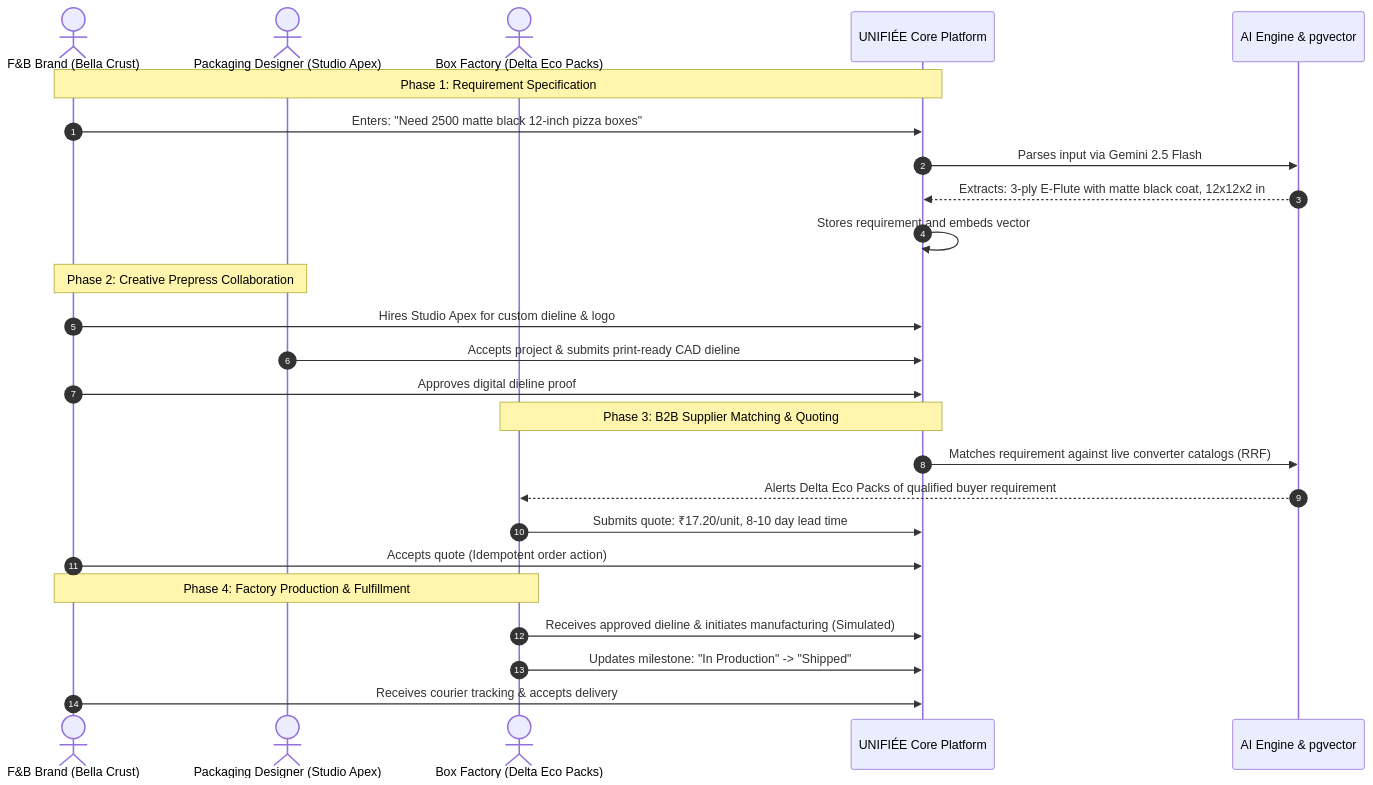
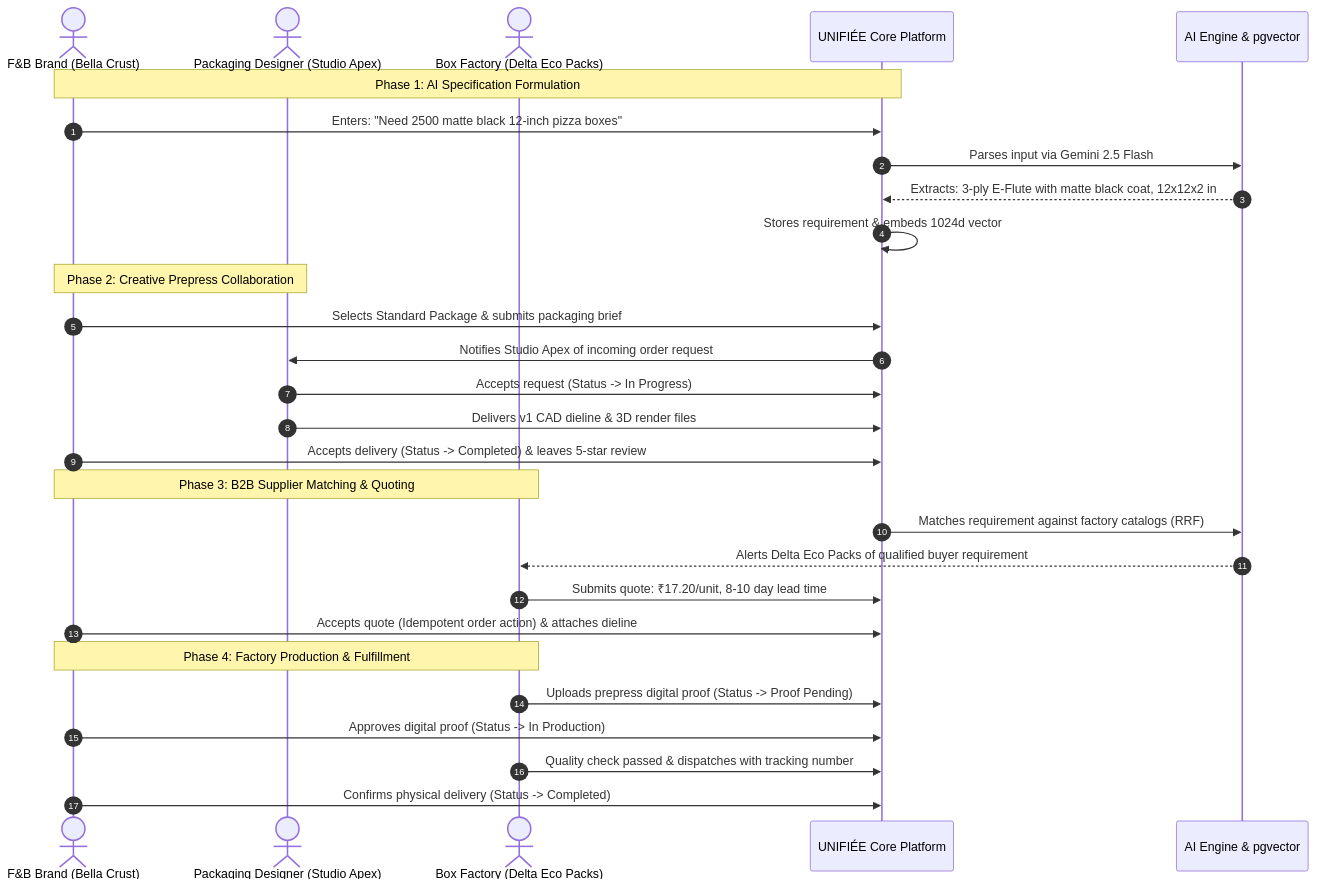
The first of 7 diagrams in docs/PROJECT_DOCUMENTATION.md (Hritujeet/unifiee), drawn with Mermaid before and after one commit. The commit also changed other lines of this file and 15 other files, not shown here.

````diff
--- a/docs/PROJECT_DOCUMENTATION.md
+++ b/docs/PROJECT_DOCUMENTATION.md
@@ -75,31 +72,34 @@
 ```mermaid
 sequenceDiagram
     autonumber
-    actor Pizza as F&B Brand (Bella Crust)
+    actor Brand as F&B Brand (Bella Crust)
     actor Designer as Packaging Designer (Studio Apex)
     actor Factory as Box Factory (Delta Eco Packs)
     participant Platform as UNIFIÉE Core Platform
     participant AI as AI Engine & pgvector
 
-    Note over Pizza, Platform: Phase 1: Requirement Specification
-    Pizza->>Platform: Enters: "Need 2500 matte black 12-inch pizza boxes"
+    Note over Brand, Platform: Phase 1: AI Specification Formulation
+    Brand->>Platform: Enters: "Need 2500 matte black 12-inch pizza boxes"
     Platform->>AI: Parses input via Gemini 2.5 Flash
     AI-->>Platform: Extracts: 3-ply E-Flute with matte black coat, 12x12x2 in
-    Platform->>Platform: Stores requirement and embeds vector
+    Platform->>Platform: Stores requirement & embeds 1024d vector
 
-    Note over Pizza, Designer: Phase 2: Creative Prepress Collaboration
-    Pizza->>Platform: Hires Studio Apex for custom dieline & logo
-    Designer->>Platform: Accepts project & submits print-ready CAD dieline
-    Pizza->>Platform: Approves digital dieline proof
+    Note over Brand, Designer: Phase 2: Creative Prepress Collaboration
+    Brand->>Platform: Selects Standard Package & submits packaging brief
+    Platform->>Designer: Notifies Studio Apex of incoming order request
+    Designer->>Platform: Accepts request (Status -> In Progress)
+    Designer->>Platform: Delivers v1 CAD dieline & 3D render files
+    Brand->>Platform: Accepts delivery (Status -> Completed) & leaves 5-star review
 
-    Note over Platform, Factory: Phase 3: B2B Supplier Matching & Quoting
-    Platform->>AI: Matches requirement against live converter catalogs (RRF)
+    Note over Brand, Factory: Phase 3: B2B Supplier Matching & Quoting
+    Platform->>AI: Matches requirement against factory catalogs (RRF)
     AI-->>Factory: Alerts Delta Eco Packs of qualified buyer requirement
     Factory->>Platform: Submits quote: ₹17.20/unit, 8-10 day lead time
-    Pizza->>Platform: Accepts quote (Idempotent order action)
+    Brand->>Platform: Accepts quote (Idempotent order action) & attaches dieline
 
-    Note over Factory, Pizza: Phase 4: Factory Production & Fulfillment
-    Factory->>Platform: Receives approved dieline & initiates manufacturing (Simulated)
-    Factory->>Platform: Updates milestone: "In Production" -> "Shipped"
-    Pizza->>Platform: Receives courier tracking & accepts delivery
+    Note over Factory, Brand: Phase 4: Factory Production & Fulfillment
+    Factory->>Platform: Uploads prepress digital proof (Status -> Proof Pending)
+    Brand->>Platform: Approves digital proof (Status -> In Production)
+    Factory->>Platform: Quality check passed & dispatches with tracking number
+    Brand->>Platform: Confirms physical delivery (Status -> Completed)
 ```
````
